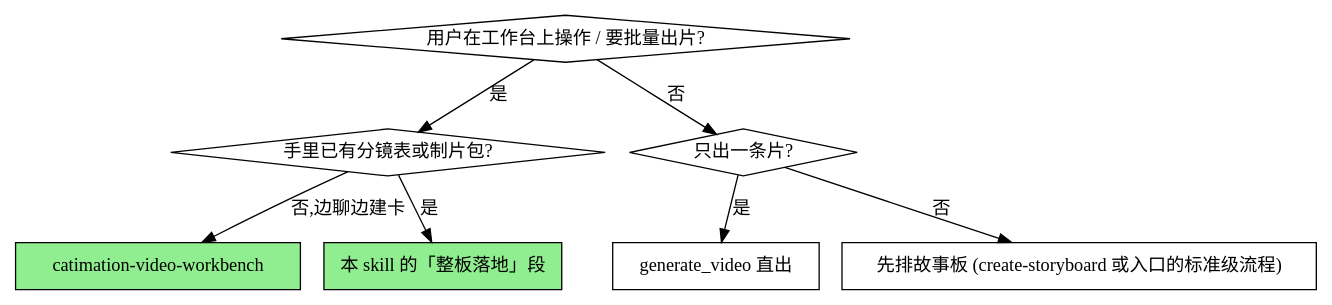
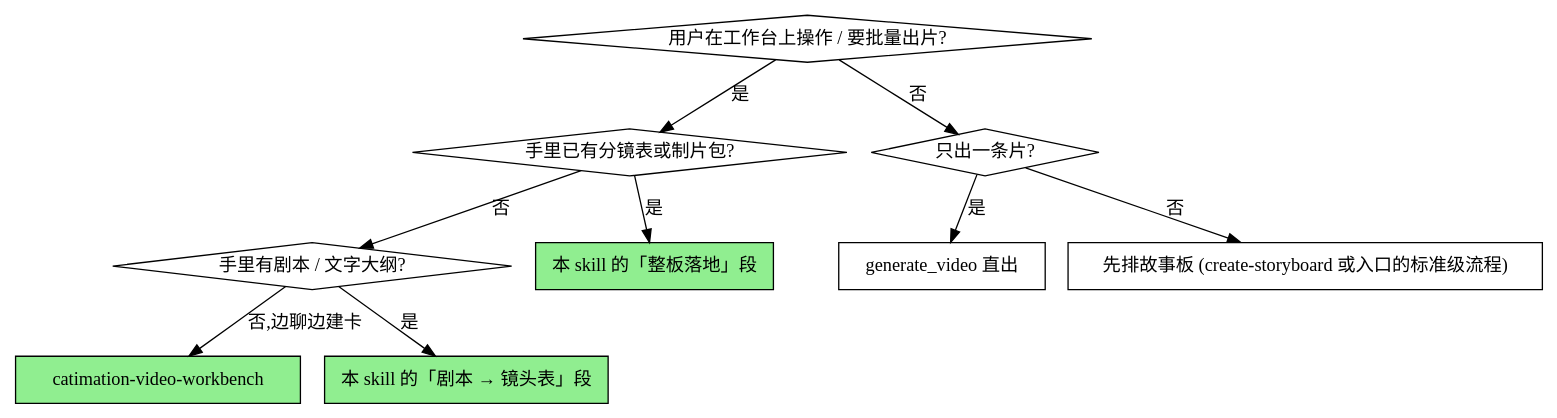
The diagram in resources/plugins/catimation-video/skills/catimation-video-workbench/SKILL.md (2799662352/ai-image-master), drawn with Graphviz before and after one commit. The commit also changed other lines of this file and 2 other files, not shown here.

````diff
--- a/resources/plugins/catimation-video/skills/catimation-video-workbench/SKILL.md
+++ b/resources/plugins/catimation-video/skills/catimation-video-workbench/SKILL.md
@@ -25,19 +25,23 @@
 ```dot
 digraph when_to_use {
     "用户在工作台上操作 / 要批量出片?" [shape=diamond];
     "手里已有分镜表或制片包?" [shape=diamond];
+    "手里有剧本 / 文字大纲?" [shape=diamond];
     "只出一条片?" [shape=diamond];
     "catimation-video-workbench" [shape=box style=filled fillcolor=lightgreen];
     "本 skill 的「整板落地」段" [shape=box style=filled fillcolor=lightgreen];
+    "本 skill 的「剧本 → 镜头表」段" [shape=box style=filled fillcolor=lightgreen];
     "generate_video 直出" [shape=box];
     "先排故事板 (create-storyboard 或入口的标准级流程)" [shape=box];
 
     "用户在工作台上操作 / 要批量出片?" -> "只出一条片?" [label="否"];
     "只出一条片?" -> "generate_video 直出" [label="是"];
     "只出一条片?" -> "先排故事板 (create-storyboard 或入口的标准级流程)" [label="否"];
 
     "用户在工作台上操作 / 要批量出片?" -> "手里已有分镜表或制片包?" [label="是"];
     "手里已有分镜表或制片包?" -> "本 skill 的「整板落地」段" [label="是"];
-    "手里已有分镜表或制片包?" -> "catimation-video-workbench" [label="否,边聊边建卡"];
+    "手里已有分镜表或制片包?" -> "手里有剧本 / 文字大纲?" [label="否"];
+    "手里有剧本 / 文字大纲?" -> "本 skill 的「剧本 → 镜头表」段" [label="是"];
+    "手里有剧本 / 文字大纲?" -> "catimation-video-workbench" [label="否,边聊边建卡"];
 }
 ```
````
